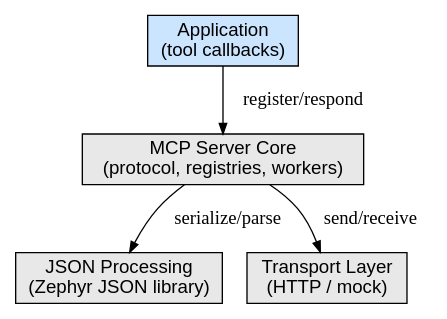
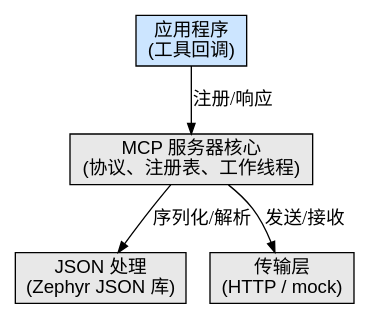
Before and after one commit to Takanashikoucha/zephyr_cn: the diagram in docs_cn/services/connectivity/networking/api/mcp.rst, drawn with Graphviz. The commit also changed other lines of this file and 458 other files, not shown here.

```diff
--- a/docs_cn/services/connectivity/networking/api/mcp.rst
+++ b/docs_cn/services/connectivity/networking/api/mcp.rst
@@ -26,18 +26,18 @@
 .. graphviz::
-   :caption: MCP Server layered architecture
-   :alt: MCP Server layered architecture diagram
+   :caption: MCP 服务器分层架构
+   :alt: MCP 服务器分层架构图
 
    digraph mcp_arch {
        rankdir=TB;
        node [shape=box, style=filled, fillcolor="#e8e8e8", fontname="sans-serif"];
        edge [arrowsize=0.8];
 
-       app [label="Application\n(tool callbacks)", fillcolor="#cce5ff"];
-       core [label="MCP Server Core\n(protocol, registries, workers)"];
-       json [label="JSON Processing\n(Zephyr JSON library)"];
-       transport [label="Transport Layer\n(HTTP / mock)"];
+       app [label="应用程序\n(工具回调)", fillcolor="#cce5ff"];
+       core [label="MCP 服务器核心\n(协议、注册表、工作线程)"];
+       json [label="JSON 处理\n(Zephyr JSON 库)"];
+       transport [label="传输层\n(HTTP / mock)"];
 
-       app -> core [label="register/respond"];
-       core -> json [label="serialize/parse"];
-       core -> transport [label="send/receive"];
+       app -> core [label="注册/响应"];
+       core -> json [label="序列化/解析"];
+       core -> transport [label="发送/接收"];
    }
```
